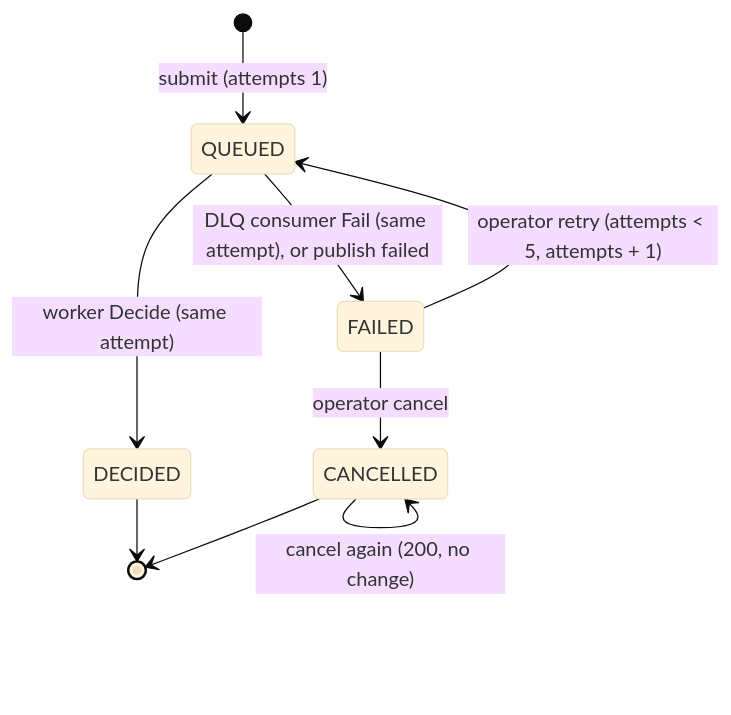
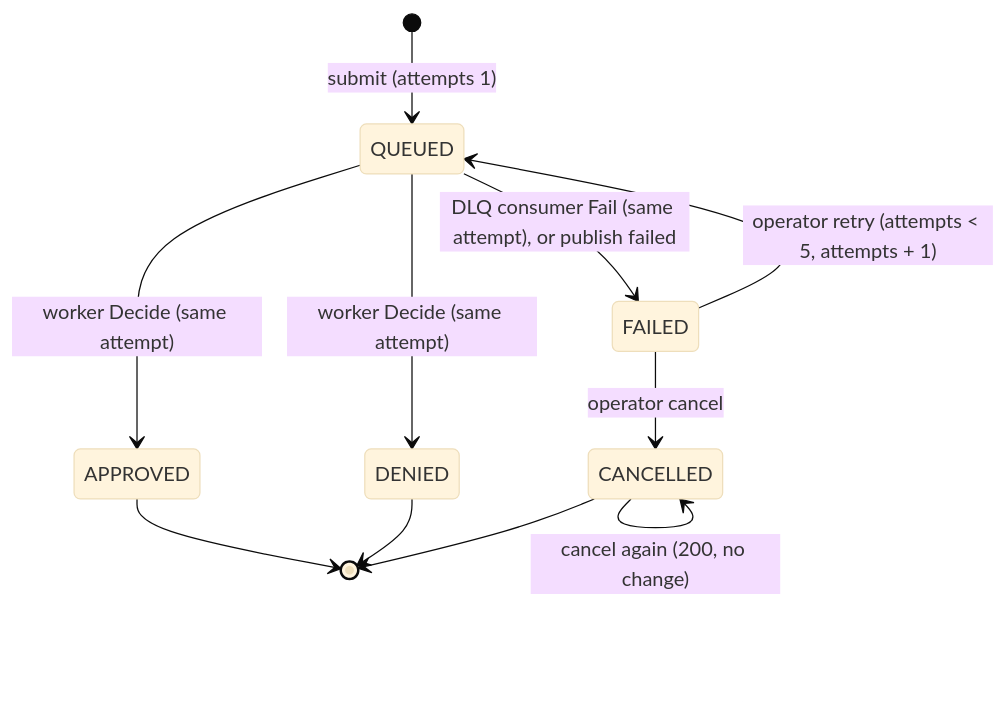
One commit to vitoladev/credit-card-engine changed the second of 4 diagrams in docs/architecture.md. Above: the diagram before and after it, drawn with Mermaid (base theme). The commit also changed other lines of this file and 4 other files, not shown here.

````diff
--- a/docs/architecture.md
+++ b/docs/architecture.md
@@ -147,11 +154,13 @@
 ```mermaid
 stateDiagram-v2
   [*] --> QUEUED: submit (attempts 1)
-  QUEUED --> DECIDED: worker Decide (same attempt)
+  QUEUED --> APPROVED: worker Decide (same attempt)
+  QUEUED --> DENIED: worker Decide (same attempt)
   QUEUED --> FAILED: DLQ consumer Fail (same attempt), or publish failed
   FAILED --> QUEUED: operator retry (attempts < 5, attempts + 1)
   FAILED --> CANCELLED: operator cancel
   CANCELLED --> CANCELLED: cancel again (200, no change)
-  DECIDED --> [*]
+  APPROVED --> [*]
+  DENIED --> [*]
   CANCELLED --> [*]
 ```
````
